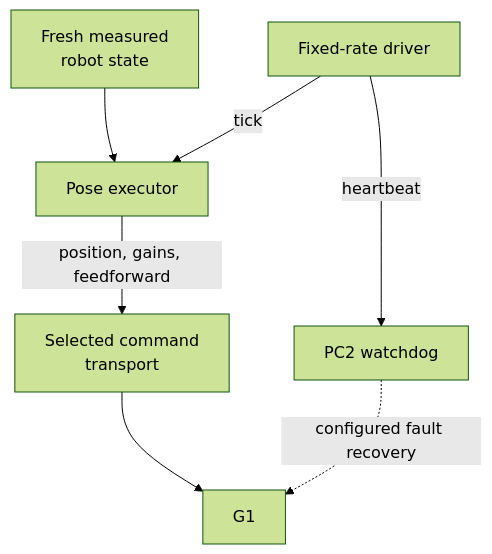
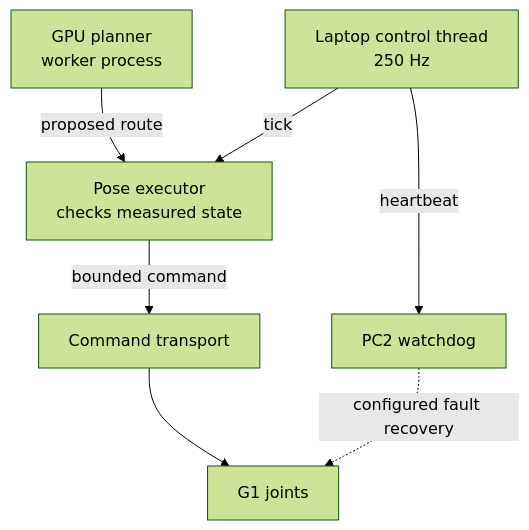
Before and after one commit to sri299792458/g1-research-docs: the diagram in docs/control/ownership.md, drawn with Mermaid (forest theme). The commit also changed other lines of this file and 1 other file, not shown here.

Commit message:
Explain the seated control lifecycle and recovery decisions

````diff
--- a/docs/control/ownership.md
+++ b/docs/control/ownership.md
@@ -5,11 +12,11 @@
 ```mermaid
 flowchart TB
-  accTitle: Command execution and independent recovery
-  accDescr: A fixed-rate driver ticks the executor, which reads measured state and sends commands through the selected transport. The driver pulses an independent PC2 watchdog; a lease failure invokes the configured recovery on the robot.
-  S["Fresh measured<br/>robot state"] --> X["Pose executor"]
-  D["Fixed-rate driver"] -->|tick| X
-  X -->|position, gains, feedforward| T["Selected command<br/>transport"]
-  T --> R["G1"]
+  accTitle: Control continues while the planner works
+  accDescr: In the laptop control process, a fixed-rate driver ticks the pose executor and pulses a watchdog on PC2. The executor checks measured state and sends commands through the transport. A separate GPU worker supplies routes for validation and installation. The PC2 agent requests recovery if its heartbeat lease expires.
+  P["GPU planner<br/>worker process"] -->|proposed route| X["Pose executor<br/>checks measured state"]
+  D["Laptop control thread<br/>250 Hz"] -->|tick| X
+  X -->|bounded command| T["Command transport"]
+  T --> R["G1 joints"]
   D -->|heartbeat| W["PC2 watchdog"]
   W -.->|configured fault recovery| R
 ```
````
